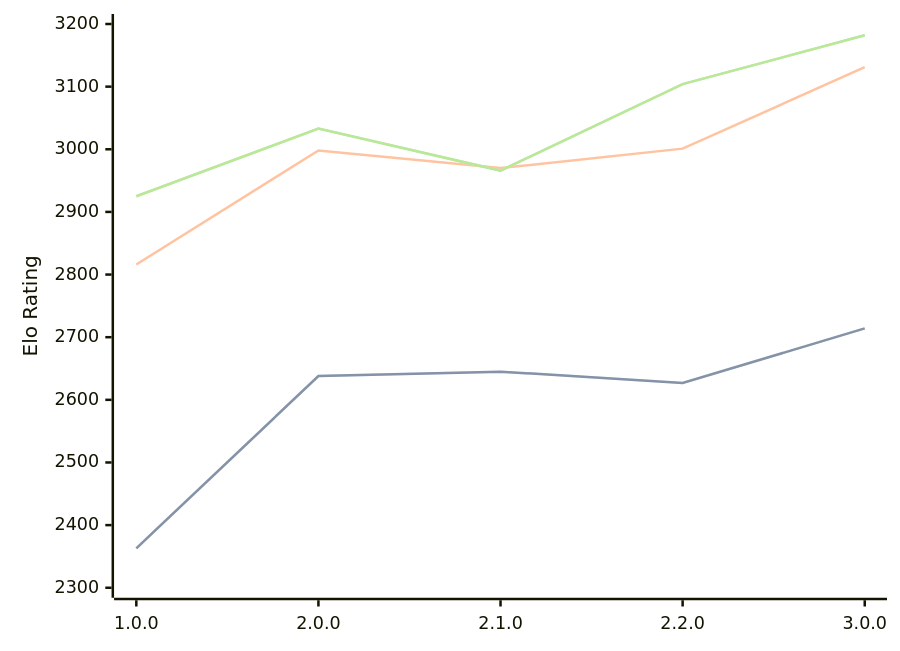
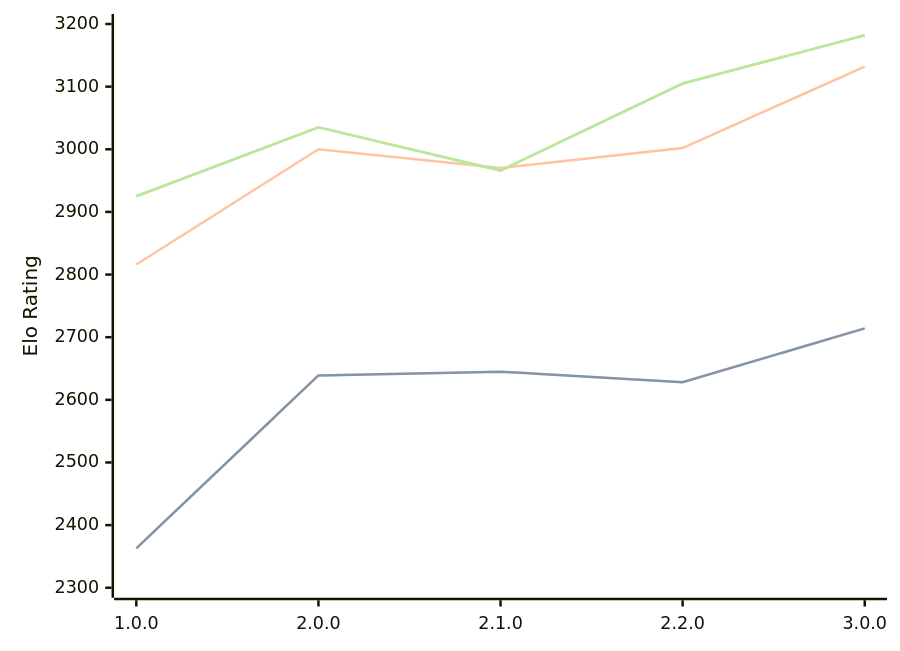
Before and after one commit to computer-chess-index/cci: the diagram in engines/Catalyst.md, drawn with Mermaid. The commit also changed other lines of this file, not shown here.

Commit message:
Update CCI Ratings (ELO VLTC) - 2026-05-14

````diff
--- a/engines/Catalyst.md
+++ b/engines/Catalyst.md
@@ -35,11 +35,11 @@
 ```mermaid
 %%{init: {"theme":"base","themeVariables":{"seriesColors:['#a3a3a3','#222221','#faa371']}}}%%
 xychart-beta
   x-axis ["1.0.0", "2.0.0", "2.1.0", "2.2.0", "3.0.0"]
   y-axis "Elo Rating" 2300 --> 3200
-  line "STC (8.0+0.08s)" [2363, 2638, 2645, 2627, 2714]
-  line "STC (8.0+0.08s)" [2363, 2638, 2645, 2627, 2714]
-  line "LTC (60.0+0.60s)" [2816, 2998, 2970, 3001, 3131]
-  line "VLTC (2m24s+1.12s)" [2925, 3033, 2966, 3104, 3182]
-  line "VLTC (2m24s+1.12s)" [2925, 3033, 2966, 3104, 3182]
+  line "STC (8.0+0.08s)" [2363, 2639, 2645, 2628, 2714]
+  line "STC (8.0+0.08s)" [2363, 2639, 2645, 2628, 2714]
+  line "LTC (60.0+0.60s)" [2816, 3000, 2970, 3002, 3132]
+  line "VLTC (2m24s+1.12s)" [2925, 3035, 2966, 3105, 3182]
+  line "VLTC (2m24s+1.12s)" [2925, 3035, 2966, 3105, 3182]
 ```
````
